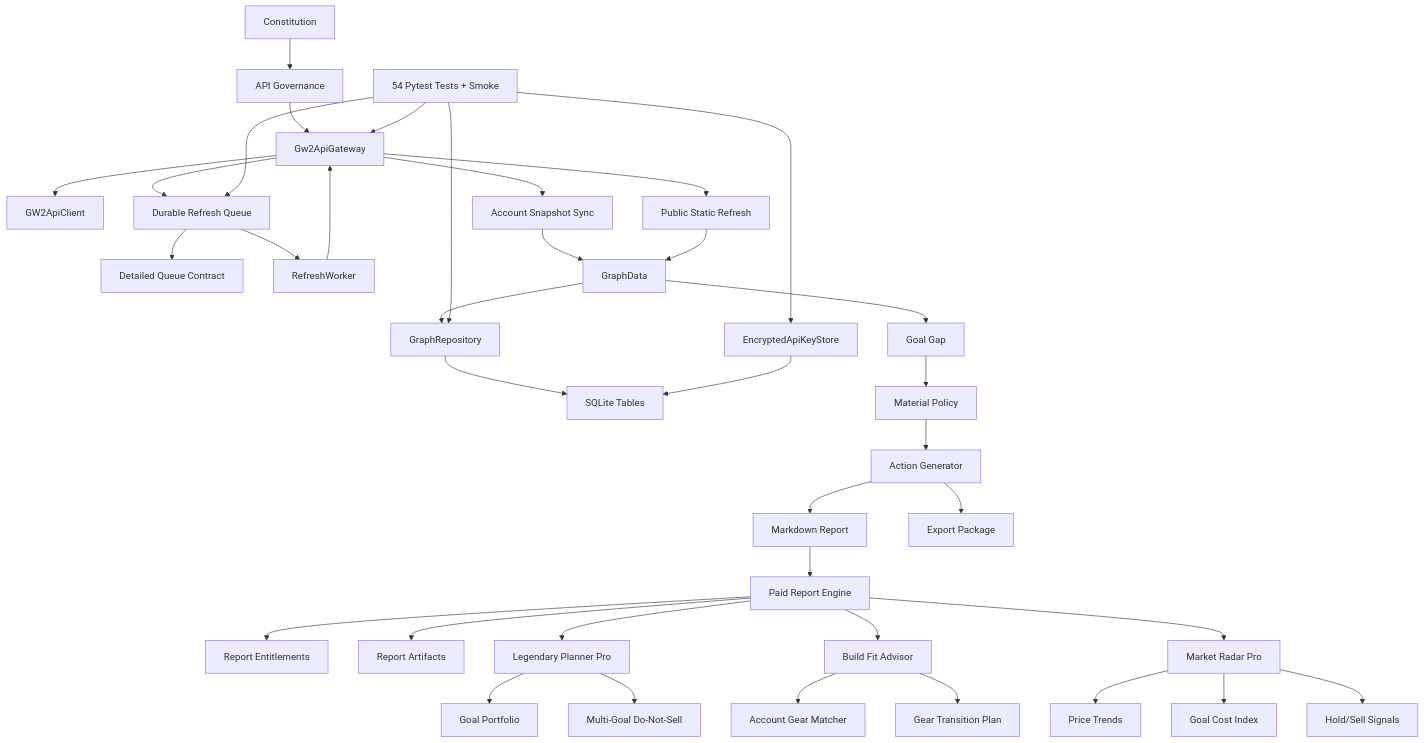
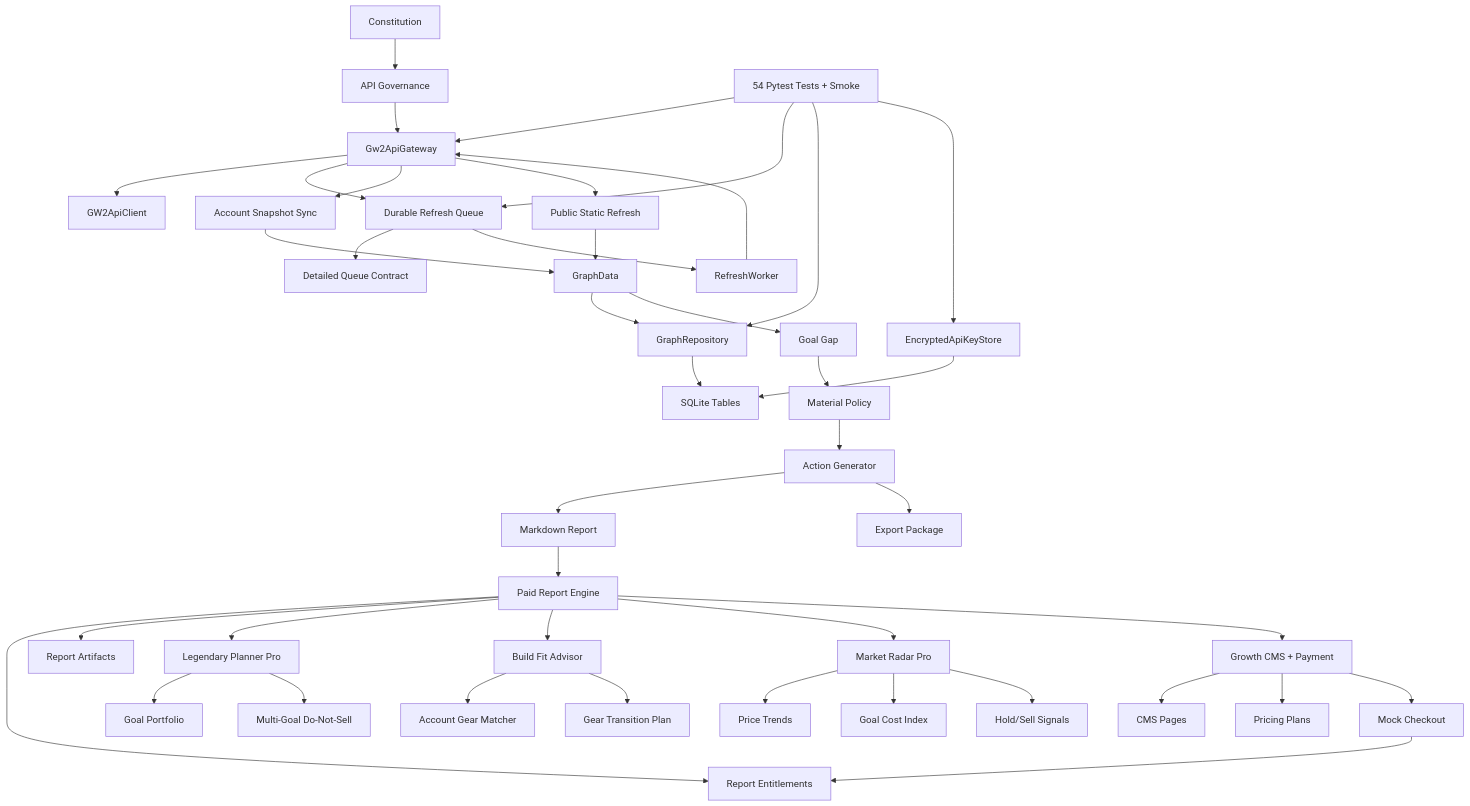
One commit to johnslee1207-commits/gw2radar changed the diagram in docs/analysis/POST_MVP_GRAPH_MATURITY_AND_ROADMAP.md. Above: the diagram before and after it, drawn with Mermaid. The commit also changed other lines of this file and 17 other files, not shown here.

Commit message:
Add growth cms payment abstraction

````diff
--- a/docs/analysis/POST_MVP_GRAPH_MATURITY_AND_ROADMAP.md
+++ b/docs/analysis/POST_MVP_GRAPH_MATURITY_AND_ROADMAP.md
@@ -39,43 +39,48 @@
 ```mermaid
 flowchart TD
   Constitution["Constitution"] --> Governance["API Governance"]
   Governance --> Gateway["Gw2ApiGateway"]
   Gateway --> Client["GW2ApiClient"]
   Gateway --> Queue["Durable Refresh Queue"]
   Queue --> QueueContract["Detailed Queue Contract"]
   Queue --> Worker["RefreshWorker"]
   Worker --> Gateway
 
   Gateway --> AccountSync["Account Snapshot Sync"]
   Gateway --> PublicRefresh["Public Static Refresh"]
 
   GraphData["GraphData"] --> Repository["GraphRepository"]
   Repository --> SQLite["SQLite Tables"]
   AccountSync --> GraphData
   PublicRefresh --> GraphData
 
   GraphData --> Gap["Goal Gap"]
   Gap --> Policy["Material Policy"]
   Policy --> Actions["Action Generator"]
   Actions --> Report["Markdown Report"]
   Actions --> Package["Export Package"]
   Report --> PaidReports["Paid Report Engine"]
   PaidReports --> Entitlements["Report Entitlements"]
   PaidReports --> Artifacts["Report Artifacts"]
   PaidReports --> LegendaryPro["Legendary Planner Pro"]
   LegendaryPro --> Portfolio["Goal Portfolio"]
   LegendaryPro --> DoNotSell["Multi-Goal Do-Not-Sell"]
   PaidReports --> BuildFit["Build Fit Advisor"]
   BuildFit --> GearMatcher["Account Gear Matcher"]
   BuildFit --> TransitionPlan["Gear Transition Plan"]
   PaidReports --> MarketRadar["Market Radar Pro"]
   MarketRadar --> Trends["Price Trends"]
   MarketRadar --> CostIndex["Goal Cost Index"]
   MarketRadar --> Signals["Hold/Sell Signals"]
+  PaidReports --> Growth["Growth CMS + Payment"]
+  Growth --> CMS["CMS Pages"]
+  Growth --> Pricing["Pricing Plans"]
+  Growth --> Checkout["Mock Checkout"]
+  Checkout --> Entitlements["Report Entitlements"]
 
   KeyStore["EncryptedApiKeyStore"] --> SQLite
   Tests["54 Pytest Tests + Smoke"] --> Gateway
   Tests --> Queue
   Tests --> Repository
   Tests --> KeyStore
 ```
````
